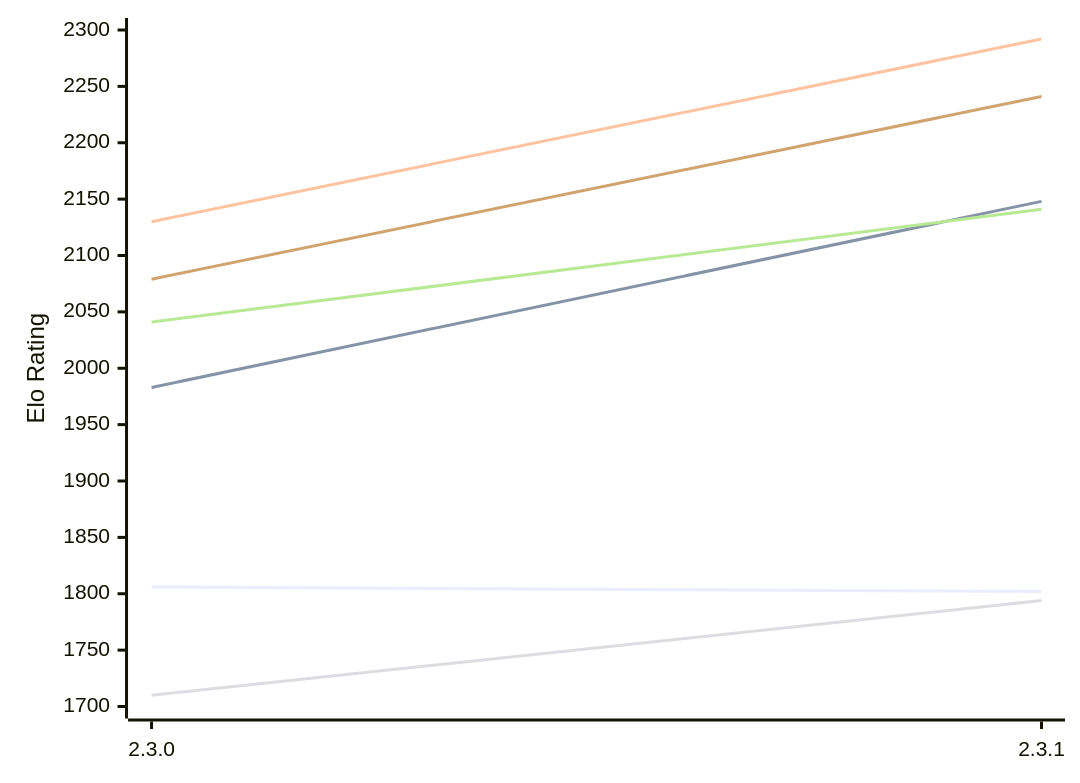
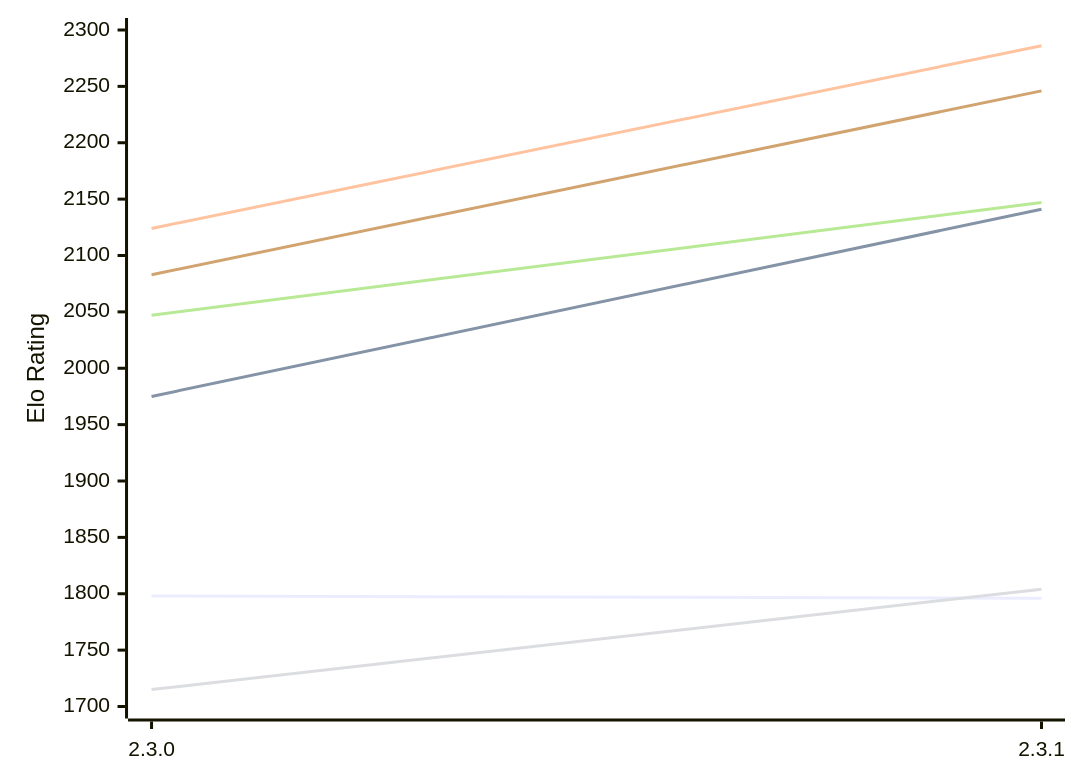
The first of 2 diagrams in engines/Kreveta.md (computer-chess-index/cci), drawn with Mermaid before and after one commit. The commit also changed other lines of this file, not shown here.

Commit message:
Update CCI Ratings (ELO VLTC) - 2026-11-18

````diff
--- a/engines/Kreveta.md
+++ b/engines/Kreveta.md
@@ -59,12 +59,12 @@
 ```mermaid
 %%{init: {"theme":"base","themeVariables":{"seriesColors:['#a3a3a3','#222221','#faa371']}}}%%
 xychart-beta
   x-axis ["2.3.0", "2.3.1"]
   y-axis "Elo Rating" 1700 --> 2300
-  line "E1: STC (8.0+0.08s)" [1806, 1802]
-  line "E1: LTC (60.0+0.60s)" [1983, 2148]
-  line "E1: VLTC (2m24s+1.12s)" [2130, 2292]
-  line "P1: STC (8.0+0.08s)" [1710, 1794]
-  line "P1: LTC (60.0+0.60s)" [2041, 2141]
-  line "P1: VLTC (2m24s+1.12s)" [2079, 2241]
+  line "E1: STC (8.0+0.08s)" [1798, 1796]
+  line "E1: LTC (60.0+0.60s)" [1975, 2141]
+  line "E1: VLTC (2m24s+1.12s)" [2124, 2286]
+  line "P1: STC (8.0+0.08s)" [1715, 1804]
+  line "P1: LTC (60.0+0.60s)" [2047, 2147]
+  line "P1: VLTC (2m24s+1.12s)" [2083, 2246]
 ```
````
